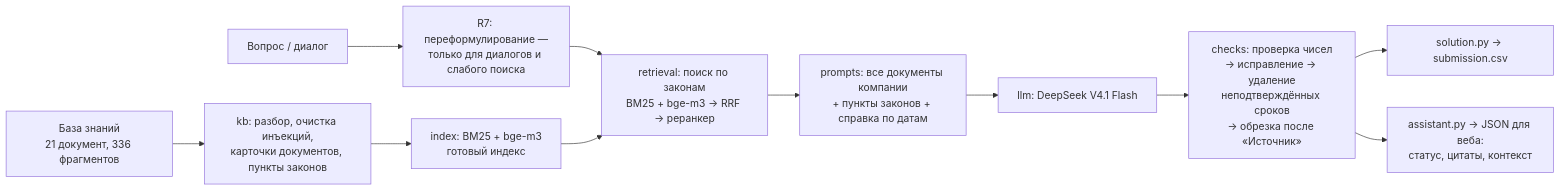
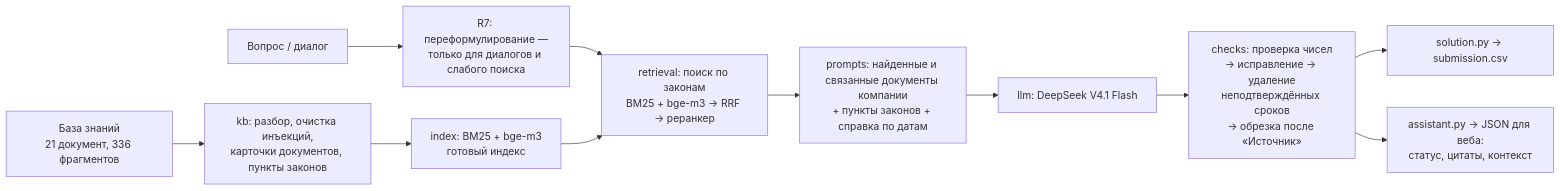
Before and after one commit to yenqo/hack-change-psb: the diagram in README.md, drawn with Mermaid. The commit also changed other lines of this file and 14 other files, not shown here.

````diff
--- a/README.md
+++ b/README.md
@@ -40,13 +41,13 @@
 ```mermaid
 flowchart LR
     KB[База знаний<br/>21 документ, 336 фрагментов] --> P[kb: разбор, очистка инъекций,<br/>карточки документов, пункты законов]
     P --> I[index: BM25 + bge-m3<br/>готовый индекс]
     Q[Вопрос / диалог] --> R[R7: переформулирование —<br/>только для диалогов и слабого поиска]
     R --> S[retrieval: поиск по законам<br/>BM25 + bge-m3 → RRF → реранкер]
     I --> S
-    S --> C[prompts: все документы компании<br/>+ пункты законов + справка по датам]
+    S --> C[prompts: найденные и связанные документы компании<br/>+ пункты законов + справка по датам]
     C --> G[llm: DeepSeek V4.1 Flash]
     G --> V[checks: проверка чисел<br/>→ исправление → удаление<br/>неподтверждённых сроков<br/>→ обрезка после «Источник»]
     V --> O1[solution.py → submission.csv]
     V --> O2[assistant.py → JSON для веба:<br/>статус, цитаты, контекст]
 ```
````
